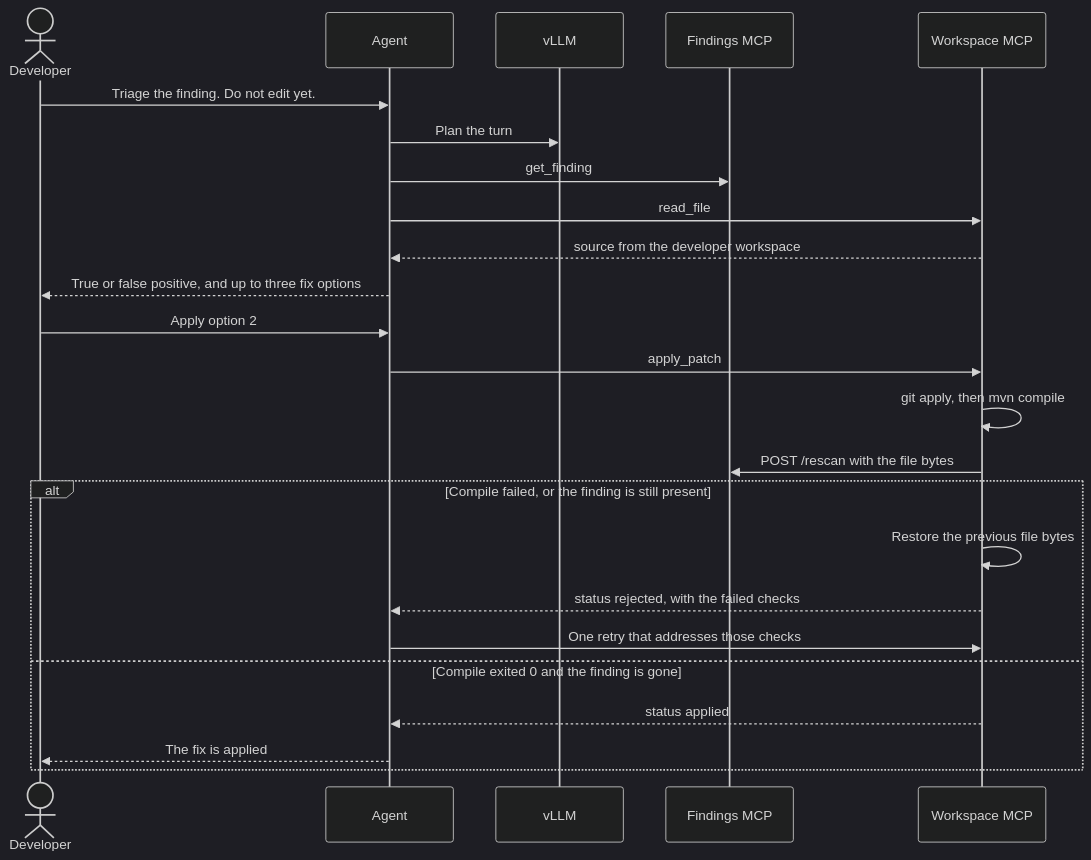
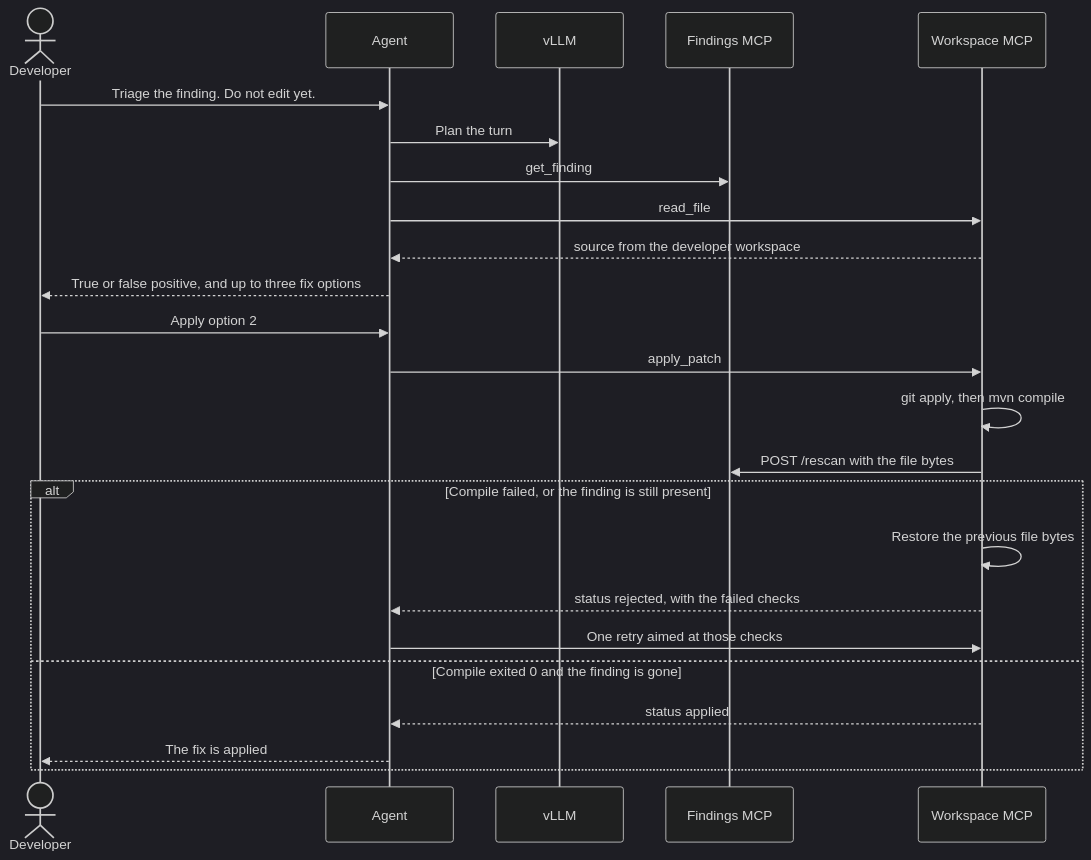
One commit to JiaShengg/rhdp-agentic-remediation changed the second of 2 diagrams in README.md. Above: the diagram before and after it, drawn with Mermaid (dark theme). The commit also changed other lines of this file, not shown here.

Commit message:
Keep the retry and hand back wording tied to recorded runs.

````diff
--- a/README.md
+++ b/README.md
@@ -32,28 +32,28 @@
 ```mermaid
 sequenceDiagram
   actor Dev as Developer
   participant Agent as Agent
   participant Model as vLLM
   participant Findings as Findings MCP
   participant Workspace as Workspace MCP
 
   Dev->>Agent: Triage the finding. Do not edit yet.
   Agent->>Model: Plan the turn
   Agent->>Findings: get_finding
   Agent->>Workspace: read_file
   Workspace-->>Agent: source from the developer workspace
   Agent-->>Dev: True or false positive, and up to three fix options
 
   Dev->>Agent: Apply option 2
   Agent->>Workspace: apply_patch
   Workspace->>Workspace: git apply, then mvn compile
   Workspace->>Findings: POST /rescan with the file bytes
   alt Compile failed, or the finding is still present
     Workspace->>Workspace: Restore the previous file bytes
     Workspace-->>Agent: status rejected, with the failed checks
-    Agent->>Workspace: One retry that addresses those checks
+    Agent->>Workspace: One retry aimed at those checks
   else Compile exited 0 and the finding is gone
     Workspace-->>Agent: status applied
     Agent-->>Dev: The fix is applied
   end
 ```
````
